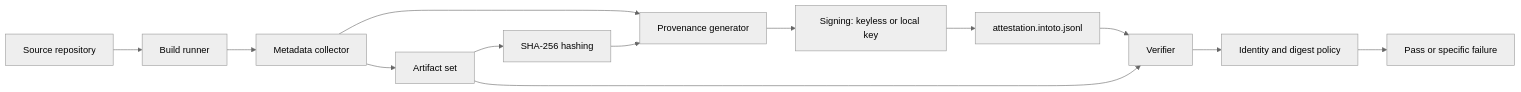
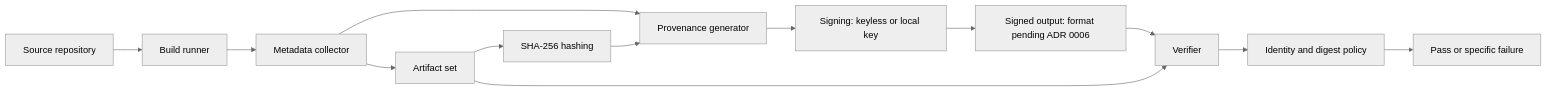
One commit to Shellghostt/BuildTrace changed the diagram in docs/PLAN.md. Above: the diagram before and after it, drawn with Mermaid (neutral theme). The commit also changed other lines of this file and 9 other files, not shown here.

````diff
--- a/docs/PLAN.md
+++ b/docs/PLAN.md
@@ -184,15 +188,15 @@
 ```mermaid
 flowchart LR
     SRC[Source repository] --> RUN[Build runner]
     RUN --> META[Metadata collector]
     META --> ART[Artifact set]
     ART --> HASH[SHA-256 hashing]
     META --> PROV[Provenance generator]
     HASH --> PROV
     PROV --> SIGN[Signing: keyless or local key]
-    SIGN --> OUT[attestation.intoto.jsonl]
+    SIGN --> OUT[Signed output: format pending ADR 0006]
     OUT --> VER[Verifier]
     ART --> VER
     VER --> POLICY[Identity and digest policy]
     POLICY --> RESULT[Pass or specific failure]
 ```
````
